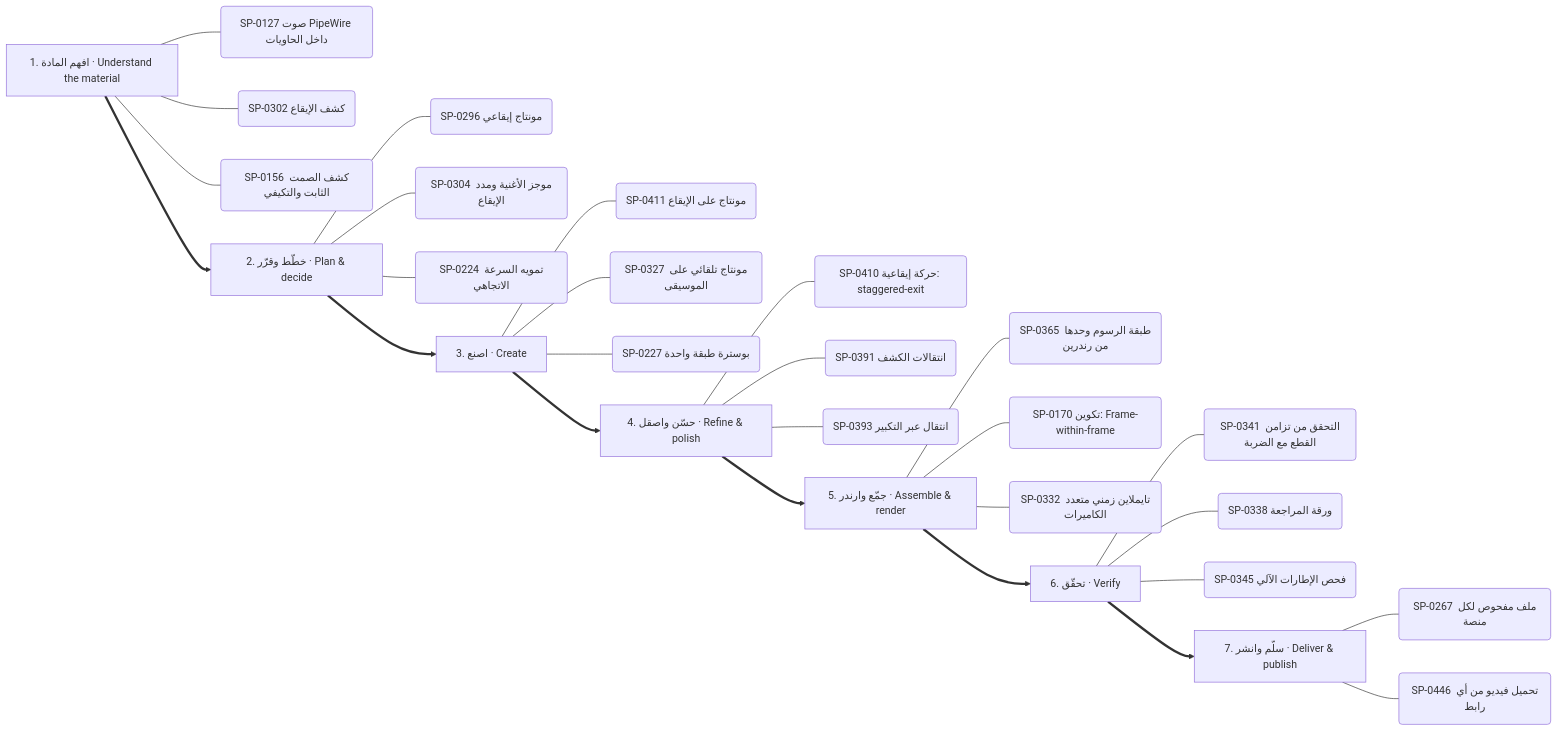
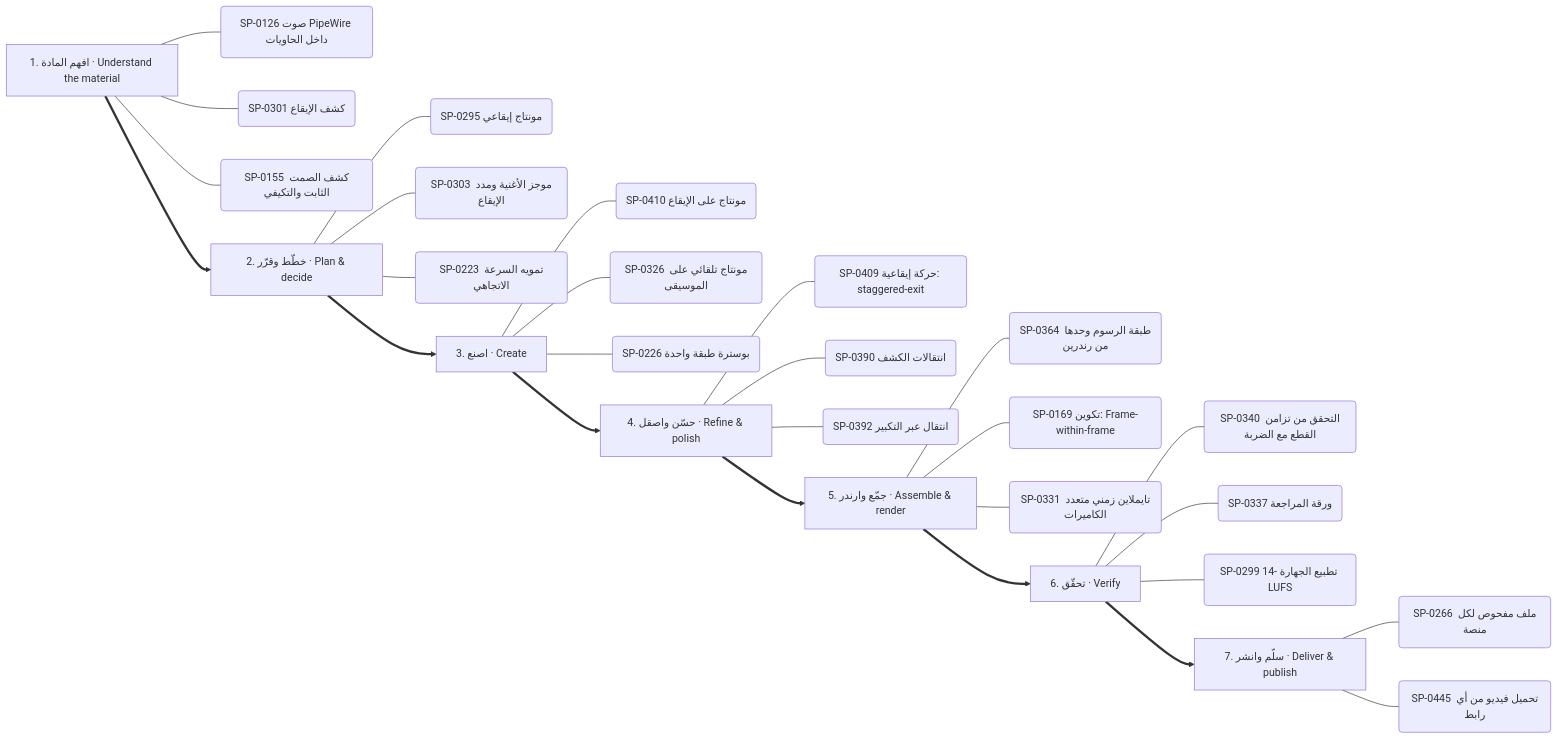
One commit to kosif199022-jpg/kosif-tool changed the third of 13 diagrams in .claude/skills/kosif-superpowers/references/capability-mindmap.md. Above: the diagram before and after it, drawn with Mermaid. The commit also changed other lines of this file and 41 other files, not shown here.

````diff
--- a/.claude/skills/kosif-superpowers/references/capability-mindmap.md
+++ b/.claude/skills/kosif-superpowers/references/capability-mindmap.md
@@ -176,36 +177,36 @@
 ```mermaid
 flowchart LR
   S0["1. افهم المادة · Understand the material"]
-  S0 --- S0_0("SP-0127 صوت PipeWire داخل الحاويات")
-  S0 --- S0_1("SP-0302 كشف الإيقاع")
-  S0 --- S0_2("SP-0156 كشف الصمت الثابت والتكيفي")
+  S0 --- S0_0("SP-0126 صوت PipeWire داخل الحاويات")
+  S0 --- S0_1("SP-0301 كشف الإيقاع")
+  S0 --- S0_2("SP-0155 كشف الصمت الثابت والتكيفي")
   S1["2. خطّط وقرّر · Plan & decide"]
-  S1 --- S1_0("SP-0296 مونتاج إيقاعي")
-  S1 --- S1_1("SP-0304 موجز الأغنية ومدد الإيقاع")
-  S1 --- S1_2("SP-0224 تمويه السرعة الاتجاهي")
+  S1 --- S1_0("SP-0295 مونتاج إيقاعي")
+  S1 --- S1_1("SP-0303 موجز الأغنية ومدد الإيقاع")
+  S1 --- S1_2("SP-0223 تمويه السرعة الاتجاهي")
   S0 ==> S1
   S2["3. اصنع · Create"]
-  S2 --- S2_0("SP-0411 مونتاج على الإيقاع")
-  S2 --- S2_1("SP-0327 مونتاج تلقائي على الموسيقى")
-  S2 --- S2_2("SP-0227 بوسترة طبقة واحدة")
+  S2 --- S2_0("SP-0410 مونتاج على الإيقاع")
+  S2 --- S2_1("SP-0326 مونتاج تلقائي على الموسيقى")
+  S2 --- S2_2("SP-0226 بوسترة طبقة واحدة")
   S1 ==> S2
   S3["4. حسّن واصقل · Refine & polish"]
-  S3 --- S3_0("SP-0410 حركة إيقاعية: staggered-exit")
-  S3 --- S3_1("SP-0391 انتقالات الكشف")
-  S3 --- S3_2("SP-0393 انتقال عبر التكبير")
+  S3 --- S3_0("SP-0409 حركة إيقاعية: staggered-exit")
+  S3 --- S3_1("SP-0390 انتقالات الكشف")
+  S3 --- S3_2("SP-0392 انتقال عبر التكبير")
   S2 ==> S3
   S4["5. جمّع وارندر · Assemble & render"]
-  S4 --- S4_0("SP-0365 طبقة الرسوم وحدها من رندرين")
-  S4 --- S4_1("SP-0170 تكوين: Frame-within-frame")
-  S4 --- S4_2("SP-0332 تايملاين زمني متعدد الكاميرات")
+  S4 --- S4_0("SP-0364 طبقة الرسوم وحدها من رندرين")
+  S4 --- S4_1("SP-0169 تكوين: Frame-within-frame")
+  S4 --- S4_2("SP-0331 تايملاين زمني متعدد الكاميرات")
   S3 ==> S4
   S5["6. تحقّق · Verify"]
-  S5 --- S5_0("SP-0341 التحقق من تزامن القطع مع الضربة")
-  S5 --- S5_1("SP-0338 ورقة المراجعة")
-  S5 --- S5_2("SP-0345 فحص الإطارات الآلي")
+  S5 --- S5_0("SP-0340 التحقق من تزامن القطع مع الضربة")
+  S5 --- S5_1("SP-0337 ورقة المراجعة")
+  S5 --- S5_2("SP-0299 تطبيع الجهارة -14 LUFS")
   S4 ==> S5
   S6["7. سلّم وانشر · Deliver & publish"]
-  S6 --- S6_0("SP-0267 ملف مفحوص لكل منصة")
-  S6 --- S6_1("SP-0446 تحميل فيديو من أي رابط")
+  S6 --- S6_0("SP-0266 ملف مفحوص لكل منصة")
+  S6 --- S6_1("SP-0445 تحميل فيديو من أي رابط")
   S5 ==> S6
 ```
````
